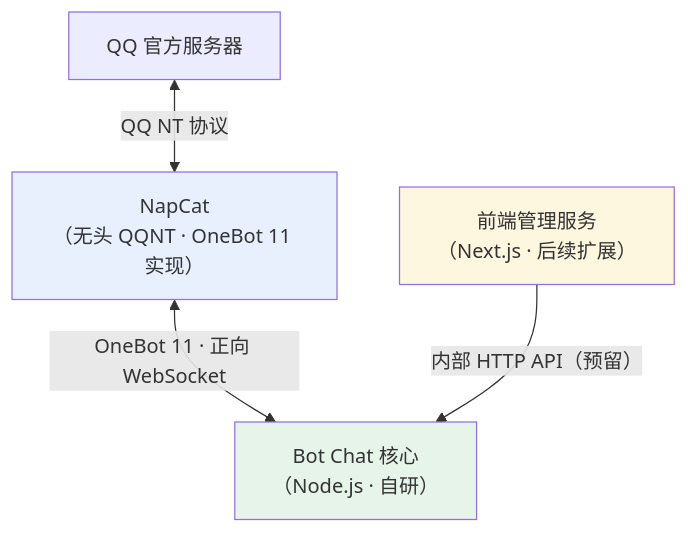
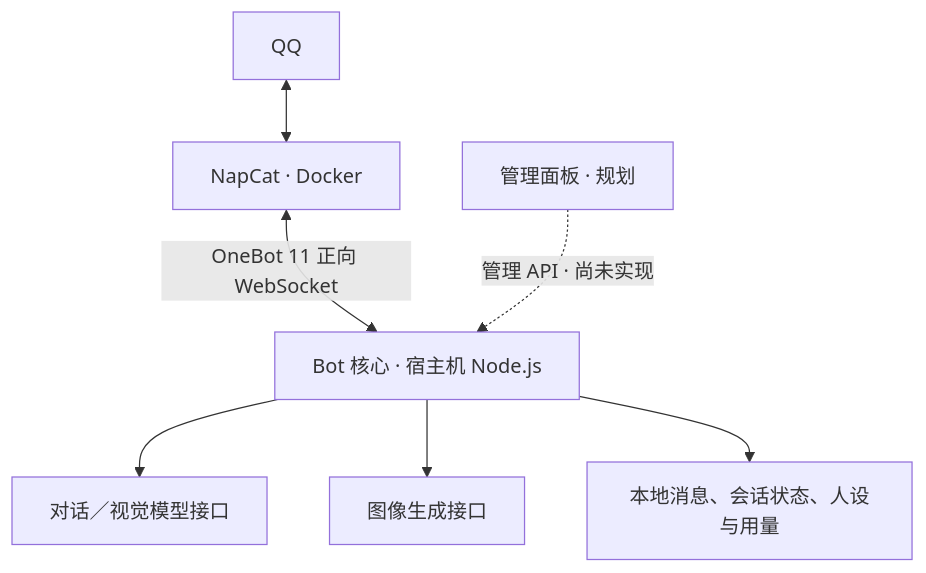
One commit to kiraTheresa/big-fat-fish-3 changed the first of 2 diagrams in qq-chatbot-architecture.md. Above: the diagram before and after it, drawn with Mermaid. The commit also changed other lines of this file and 4 other files, not shown here.

````diff
--- a/qq-chatbot-architecture.md
+++ b/qq-chatbot-architecture.md
@@ -31,15 +27,9 @@
 ```mermaid
-graph TB
-    QQ[QQ 官方服务器]
-    NC["NapCat<br/>（无头 QQNT · OneBot 11 实现）"]
-    BOT["Bot Chat 核心<br/>（Node.js · 自研）"]
-    UI["前端管理服务<br/>（Next.js · 后续扩展）"]
-
-    QQ <-- "QQ NT 协议" --> NC
-    NC <-- "OneBot 11 · 正向 WebSocket" --> BOT
-    UI -- "内部 HTTP API（预留）" --> BOT
-
-    style NC fill:#e8f0fe
-    style BOT fill:#e6f4ea
-    style UI fill:#fef7e0
+flowchart TB
+    QQ["QQ"] <--> NC["NapCat · Docker"]
+    NC <-->|"OneBot 11 正向 WebSocket"| BOT["Bot 核心 · 宿主机 Node.js"]
+    BOT --> LLM["对话／视觉模型接口"]
+    BOT --> IMG["图像生成接口"]
+    BOT --> DATA["本地消息、会话状态、人设与用量"]
+    UI["管理面板 · 规划"] -.->|"管理 API · 尚未实现"| BOT
 ```
````
